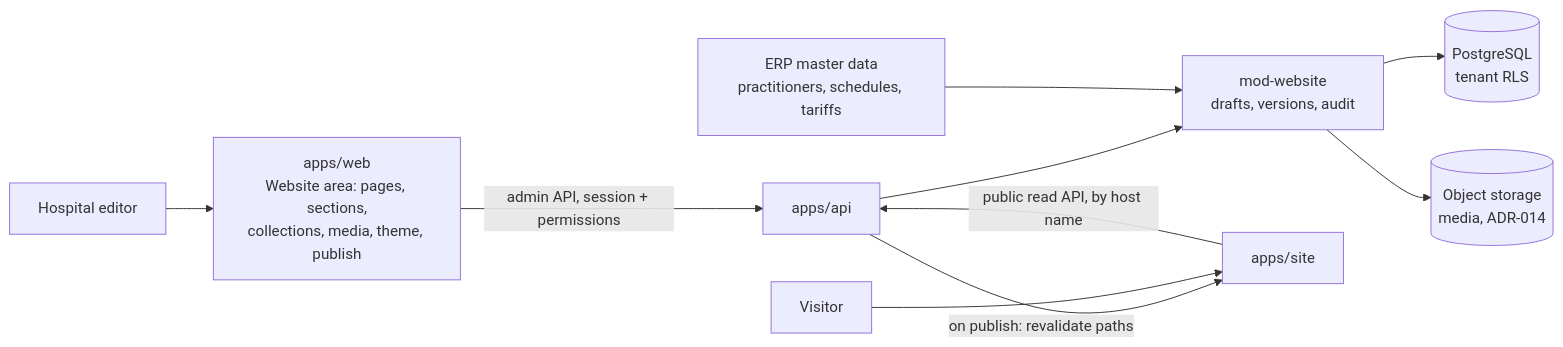
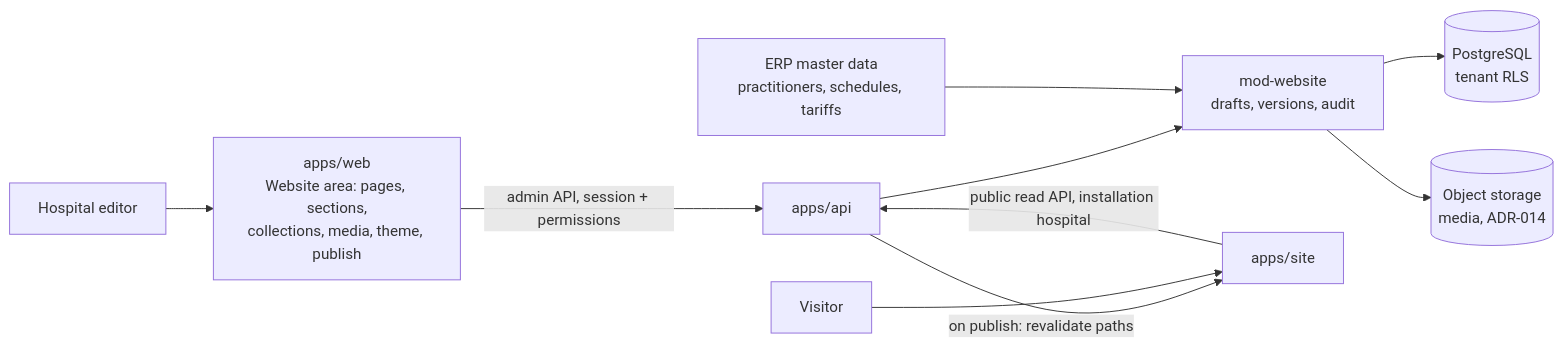
Before and after one commit to NOMAN1802/HMS-SaaS: the second of 4 diagrams in docs/site-planning/D-system-design.md, drawn with Mermaid. The commit also changed other lines of this file and 5 other files, not shown here.

````diff
--- a/docs/site-planning/D-system-design.md
+++ b/docs/site-planning/D-system-design.md
@@ -137,12 +133,12 @@
 ```mermaid
 flowchart LR
   ED[Hospital editor] --> WEB[apps/web<br/>Website area: pages, sections,<br/>collections, media, theme, publish]
   WEB -->|admin API, session + permissions| API[apps/api]
   API --> MOD[mod-website<br/>drafts, versions, audit]
   MOD --> DB[(PostgreSQL<br/>tenant RLS)]
   MOD --> OBJ[(Object storage<br/>media, ADR-014)]
   API -->|on publish: revalidate paths| SITE[apps/site]
   V[Visitor] --> SITE
-  SITE -->|public read API, by host name| API
+  SITE -->|public read API, installation hospital| API
   ERP[ERP master data<br/>practitioners, schedules, tariffs] --> MOD
 ```
````
